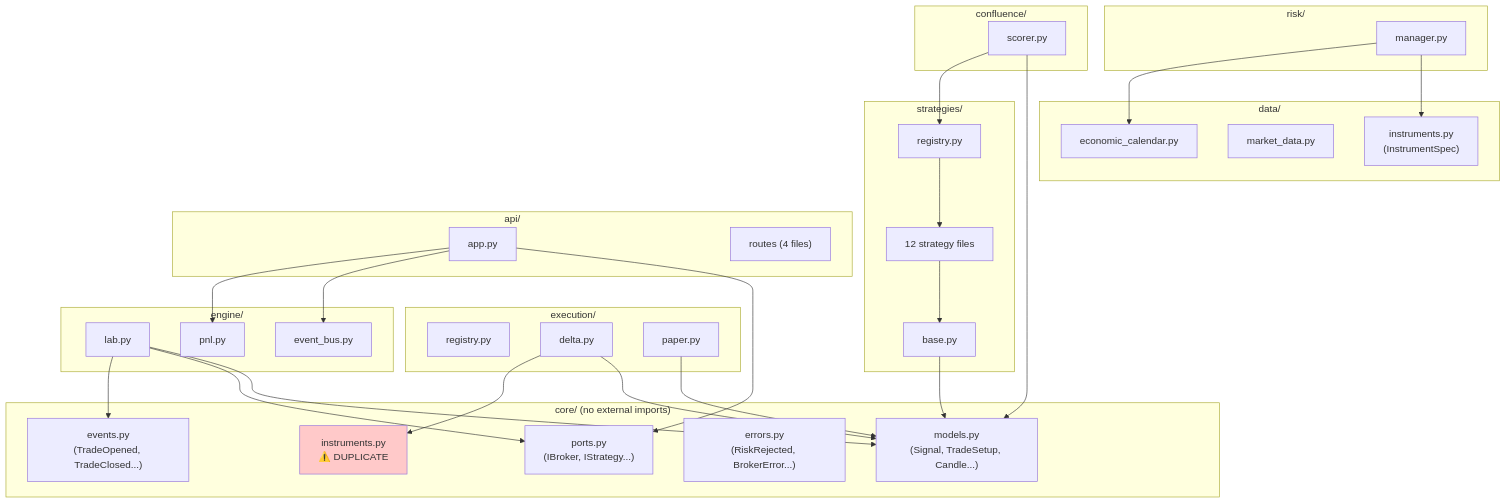
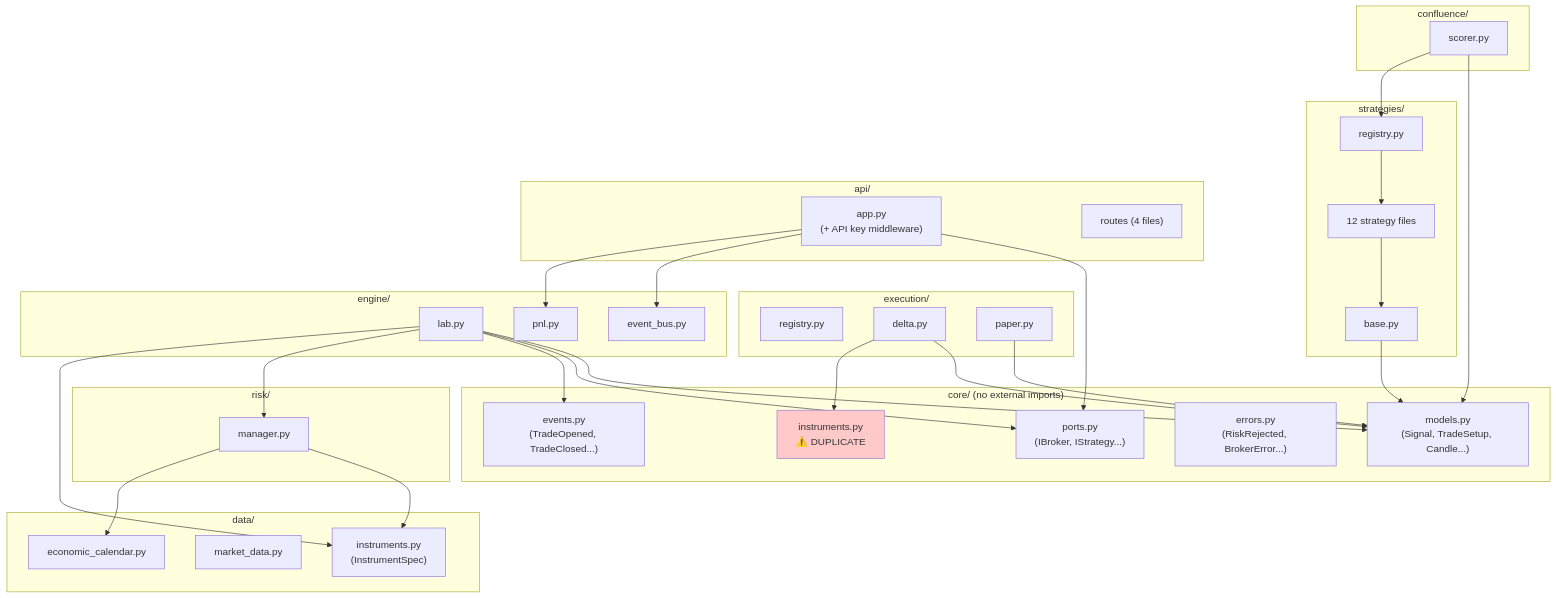
Before and after one commit to kapilll/notas_lave: the fifth of 5 diagrams in docs/system/ARCHITECTURE.md, drawn with Mermaid. The commit also changed other lines of this file and 18 other files, not shown here.

````diff
--- a/docs/system/ARCHITECTURE.md
+++ b/docs/system/ARCHITECTURE.md
@@ -221,67 +231,69 @@
 ```mermaid
 graph TD
     subgraph core["core/ (no external imports)"]
         models["models.py<br/>(Signal, TradeSetup, Candle...)"]
         ports["ports.py<br/>(IBroker, IStrategy...)"]
         events["events.py<br/>(TradeOpened, TradeClosed...)"]
         errors["errors.py<br/>(RiskRejected, BrokerError...)"]
         inst_core["instruments.py<br/>⚠️ DUPLICATE"]
     end
 
     subgraph engine_["engine/"]
         lab["lab.py"]
         bus["event_bus.py"]
         pnl["pnl.py"]
     end
 
     subgraph execution["execution/"]
         registry["registry.py"]
         delta["delta.py"]
         paper["paper.py"]
     end
 
     subgraph data["data/"]
         instruments["instruments.py<br/>(InstrumentSpec)"]
         market["market_data.py"]
         calendar["economic_calendar.py"]
     end
 
     subgraph strategies["strategies/"]
         base["base.py"]
         strat_reg["registry.py"]
         strats["12 strategy files"]
     end
 
     subgraph confluence_["confluence/"]
         scorer["scorer.py"]
     end
 
     subgraph risk_["risk/"]
         risk_mgr["manager.py"]
     end
 
     subgraph api["api/"]
-        app["app.py"]
+        app["app.py<br/>(+ API key middleware)"]
         routes["routes (4 files)"]
     end
 
     %% Dependencies (should flow inward to core)
     lab --> models
     lab --> ports
     lab --> events
+    lab --> risk_mgr
+    lab --> instruments
     delta --> models
     delta --> inst_core
     paper --> models
     scorer --> models
     scorer --> strat_reg
     risk_mgr --> instruments
     risk_mgr --> calendar
     app --> ports
     app --> bus
     app --> pnl
     base --> models
     strats --> base
     strat_reg --> strats
 
     style inst_core fill:#ffc9c9
 ```
````
